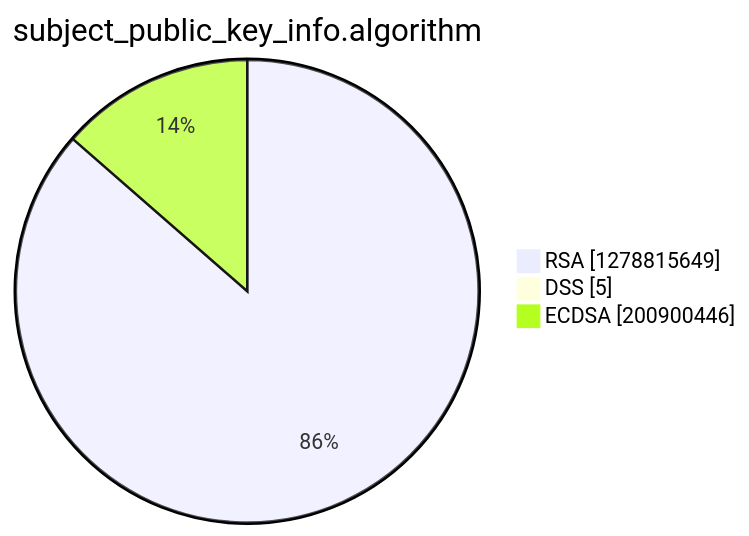
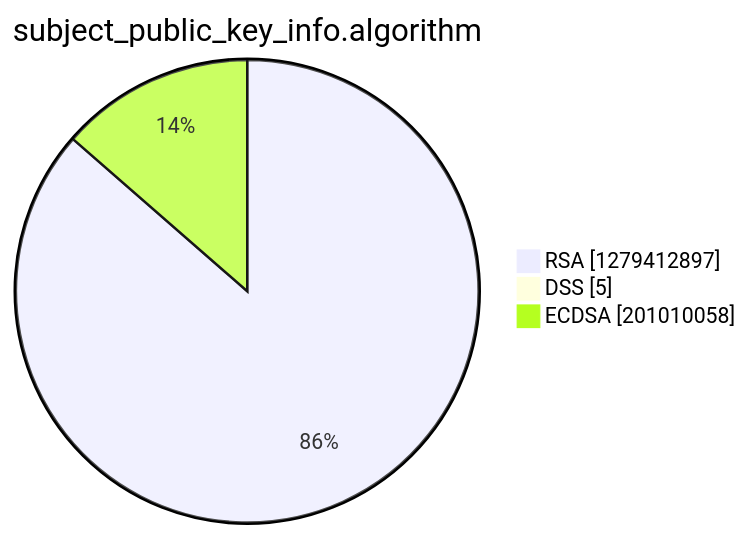
One commit to christiankrug/ctmonitor_visualization changed the third of 15 diagrams in argon2022/README.md. Above: the diagram before and after it, drawn with Mermaid. The commit also changed other lines of this file, not shown here.

````diff
--- a/argon2022/README.md
+++ b/argon2022/README.md
@@ -14,7 +14,7 @@
 ```mermaid
 pie showData
 title subject_public_key_info.algorithm
-"RSA" :1278815649
+"RSA" :1279412897
 "DSS" :5
-"ECDSA" :200900446
+"ECDSA" :201010058
 ```
````
